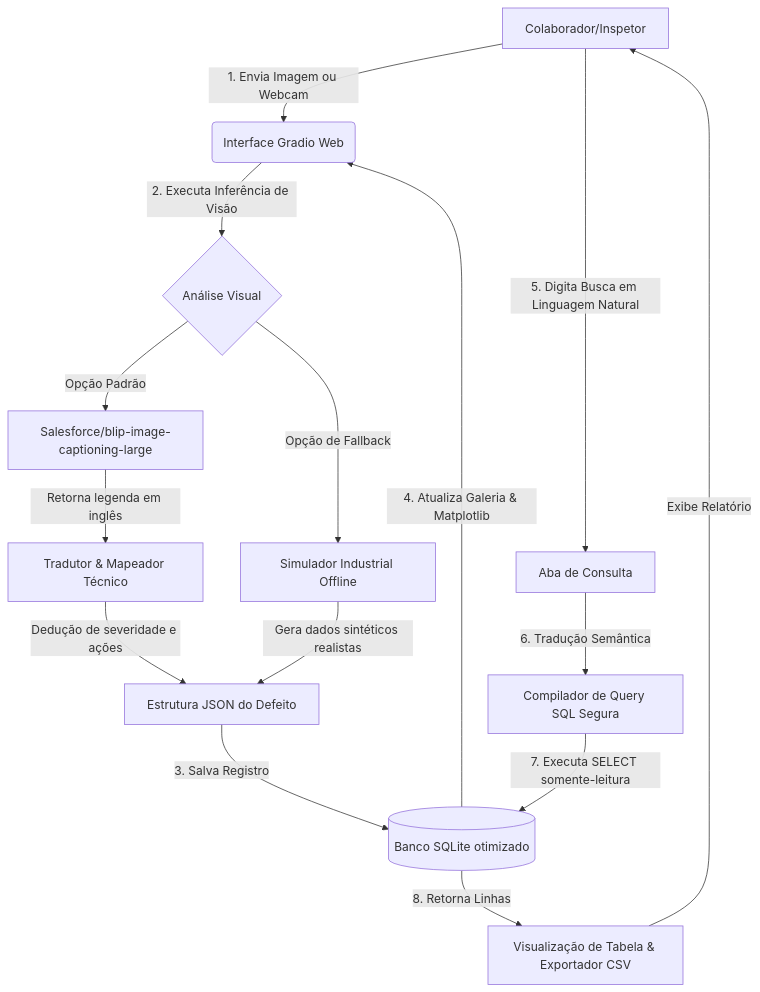
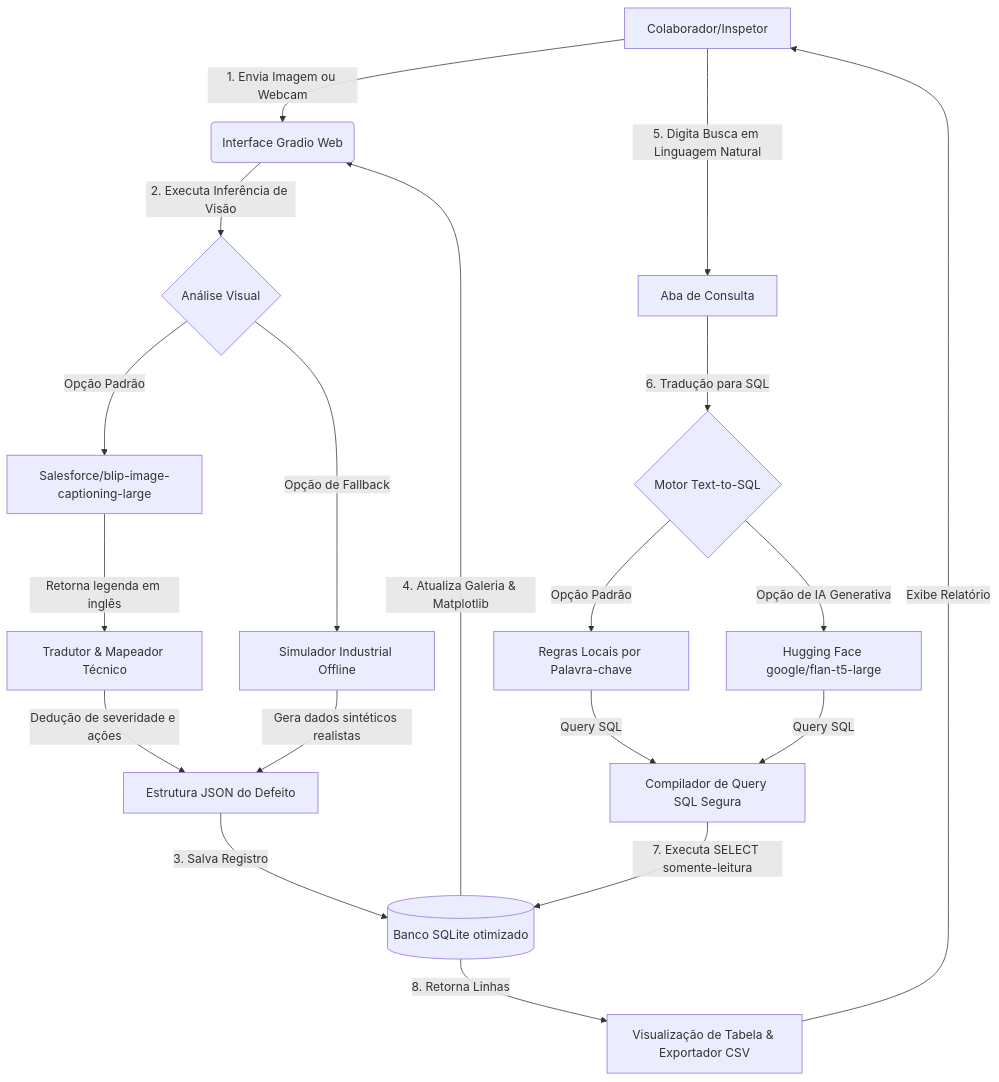
The diagram in README.md (evysb/defect_vision_assistant), drawn with Mermaid before and after one commit. The commit also changed other lines of this file and 3 other files, not shown here.

Commit message:
add motel text2sql

````diff
--- a/README.md
+++ b/README.md
@@ -11,18 +11,22 @@
 ```mermaid
 graph TD
     A[Colaborador/Inspetor] -->|1. Envia Imagem ou Webcam| B(Interface Gradio Web)
     B -->|2. Executa Inferência de Visão| C{Análise Visual}
     C -->|Opção Padrão| D[Salesforce/blip-image-captioning-large]
     C -->|Opção de Fallback| E[Simulador Industrial Offline]
     D -->|Retorna legenda em inglês| F[Tradutor & Mapeador Técnico]
     E -->|Gera dados sintéticos realistas| G[Estrutura JSON do Defeito]
     F -->|Dedução de severidade e ações| G
     G -->|3. Salva Registro| H[(Banco SQLite otimizado)]
     H -->|4. Atualiza Galeria & Matplotlib| B
     
     A -->|5. Digita Busca em Linguagem Natural| I[Aba de Consulta]
-    I -->|6. Tradução Semântica| J[Compilador de Query SQL Segura]
+    I -->|6. Tradução para SQL| L{Motor Text-to-SQL}
+    L -->|Opção Padrão| M[Regras Locais por Palavra-chave]
+    L -->|Opção de IA Generativa| N[Hugging Face google/flan-t5-large]
+    M -->|Query SQL| J[Compilador de Query SQL Segura]
+    N -->|Query SQL| J
     J -->|7. Executa SELECT somente-leitura| H
     H -->|8. Retorna Linhas| K[Visualização de Tabela & Exportador CSV]
     K -->|Exibe Relatório| A
 ```
````
